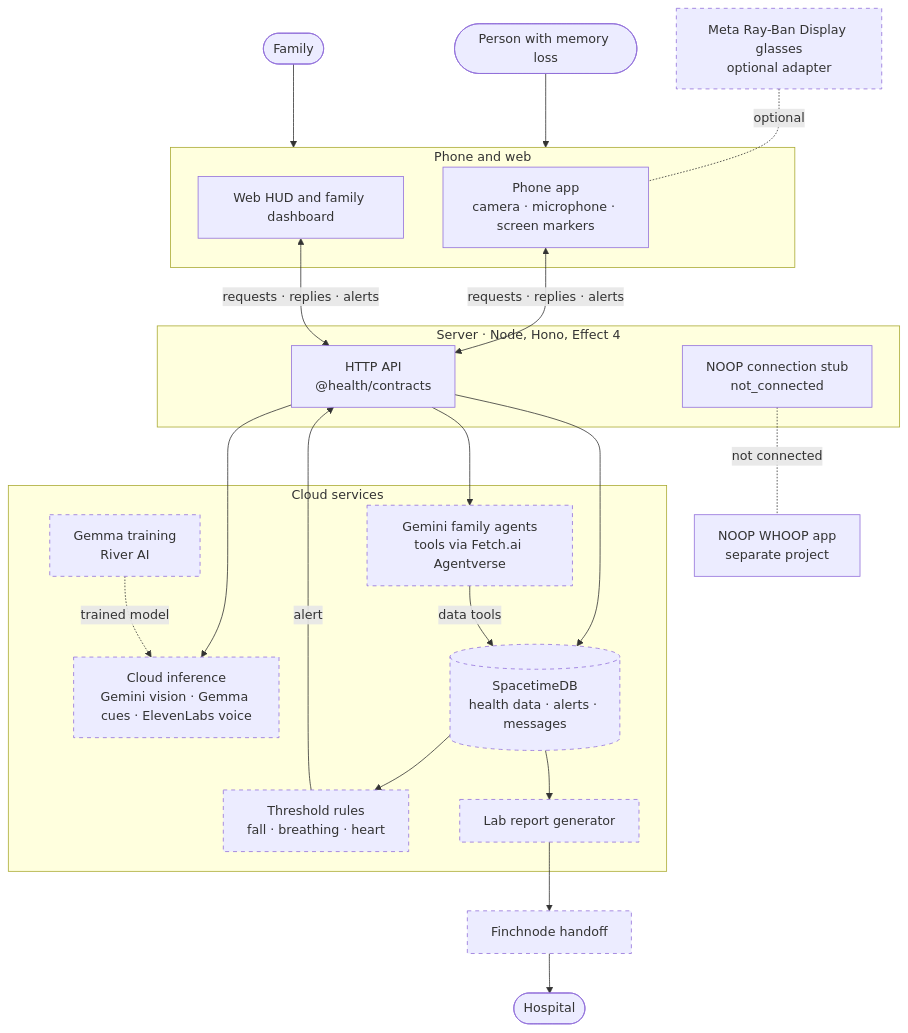
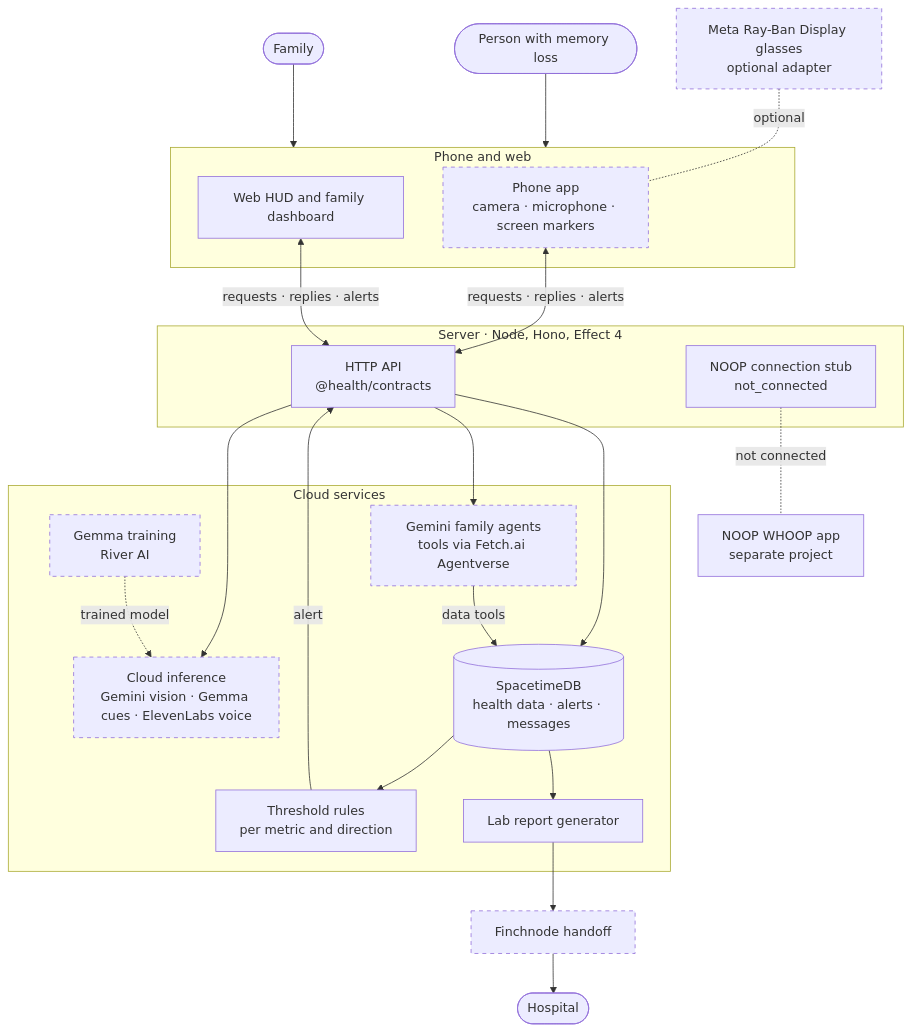
One commit to 42nights/telly changed the diagram in README.md. Above: the diagram before and after it, drawn with Mermaid. The commit also changed other lines of this file, not shown here.

````diff
--- a/README.md
+++ b/README.md
@@ -203,43 +210,43 @@
 ```mermaid
 flowchart TB
     person(["Person with memory loss"])
     family(["Family"])
     glasses["Meta Ray-Ban Display glasses<br/>optional adapter"]
 
     subgraph clients ["Phone and web"]
         phone["Phone app<br/>camera · microphone · screen markers"]
         web["Web HUD and family dashboard"]
     end
 
     subgraph server ["Server · Node, Hono, Effect 4"]
         api["HTTP API<br/>@health/contracts"]
         stub["NOOP connection stub<br/>not_connected"]
     end
     noop["NOOP WHOOP app<br/>separate project"]
 
     subgraph services ["Cloud services"]
         ai["Cloud inference<br/>Gemini vision · Gemma cues · ElevenLabs voice"]
         agents["Gemini family agents<br/>tools via Fetch.ai Agentverse"]
         db[("SpacetimeDB<br/>health data · alerts · messages")]
-        rules["Threshold rules<br/>fall · breathing · heart"]
+        rules["Threshold rules<br/>per metric and direction"]
         reports["Lab report generator"]
         river["Gemma training<br/>River AI"]
     end
 
     finch["Finchnode handoff"]
     hospital(["Hospital"])
 
     person & family --> clients
     glasses -. "optional" .- phone
     phone & web <-- "requests · replies · alerts" --> api
     stub -. "not connected" .- noop
     api --> ai & agents & db
     river -. "trained model" .-> ai
     agents -- "data tools" --> db
     db --> rules & reports
     rules -- "alert" --> api
     reports --> finch --> hospital
 
     classDef planned stroke-dasharray: 5 5
-    class glasses,ai,agents,db,rules,reports,river,finch planned
+    class glasses,phone,ai,agents,river,finch planned
 ```
````
